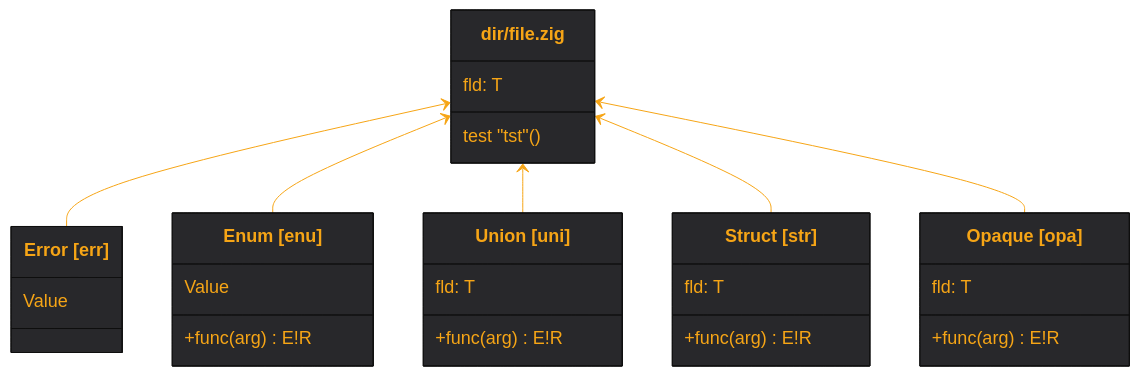
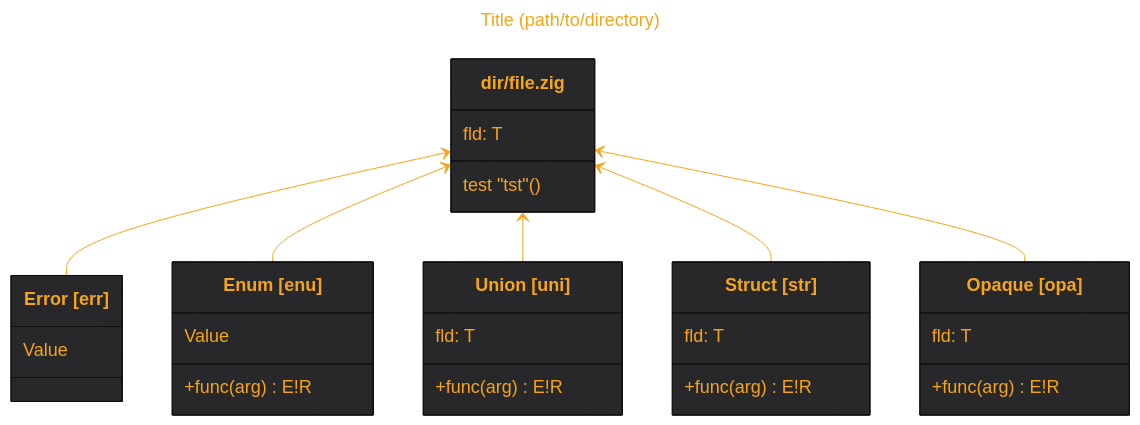
The diagram in README.md (tensorush/meduza), drawn with Mermaid before and after one commit. The commit also changed 10 other files, not shown here.

````diff
--- a/README.md
+++ b/README.md
@@ -67,43 +67,46 @@
 ```mermaid
+---
+title: Title (path/to/directory)
+---
 %%{
     init: {
         'theme': 'base',
         'themeVariables': {
             'fontSize': '18px',
             'fontFamily': 'arial',
             'lineColor': '#F6A516',
             'primaryColor': '#28282B',
             'primaryTextColor': '#F6A516'
         }
     }
 }%%
 classDiagram
 class `dir/file.zig` {
     fld: T
     test "tst"()
 }
 class Error["Error [err]"] {
     Value
 }
 class Enum["Enum [enu]"] {
     Value
     +func(arg) E!R
 }
 class Union["Union [uni]"] {
     fld: T
     +func(arg) E!R
 }
 class Struct["Struct [str]"] {
     fld: T
     +func(arg) E!R
 }
 class Opaque["Opaque [opa]"] {
     fld: T
     +func(arg) E!R
 }
 `dir/file.zig` <-- Error
 `dir/file.zig` <-- Enum
 `dir/file.zig` <-- Union
 `dir/file.zig` <-- Struct
 `dir/file.zig` <-- Opaque
 ```
````
